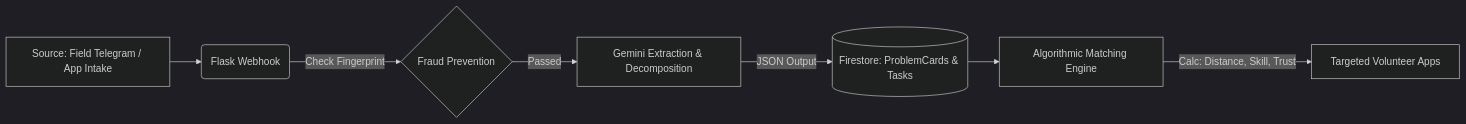
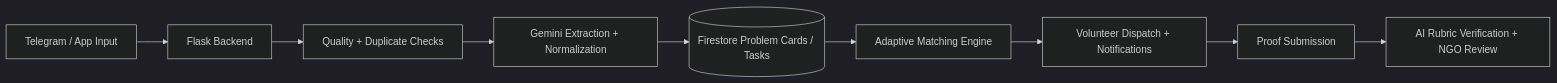
One commit to PJ2005/sahaya changed the diagram in README.md. Above: the diagram before and after it, drawn with Mermaid (dark theme). The commit also changed other lines of this file and 4 other files, not shown here.

````diff
--- a/README.md
+++ b/README.md
@@ -48,9 +85,11 @@
 ```mermaid
 flowchart LR
-    A[Source: Field Telegram / App Intake] --> B(Flask Webhook)
-    B -->|Check Fingerprint| C{Fraud Prevention}
-    C -- Passed --> D[Gemini Extraction & Decomposition]
-    D -->|JSON Output| E[(Firestore: ProblemCards & Tasks)]
-    E --> F[Algorithmic Matching Engine]
-    F -->|Calc: Distance, Skill, Trust| G[Targeted Volunteer Apps]
+    A[Telegram / App Input] --> B[Flask Backend]
+    B --> C[Quality + Duplicate Checks]
+    C --> D[Gemini Extraction + Normalization]
+    D --> E[(Firestore Problem Cards / Tasks)]
+    E --> F[Adaptive Matching Engine]
+    F --> G[Volunteer Dispatch + Notifications]
+    G --> H[Proof Submission]
+    H --> I[AI Rubric Verification + NGO Review]
 ```
````
